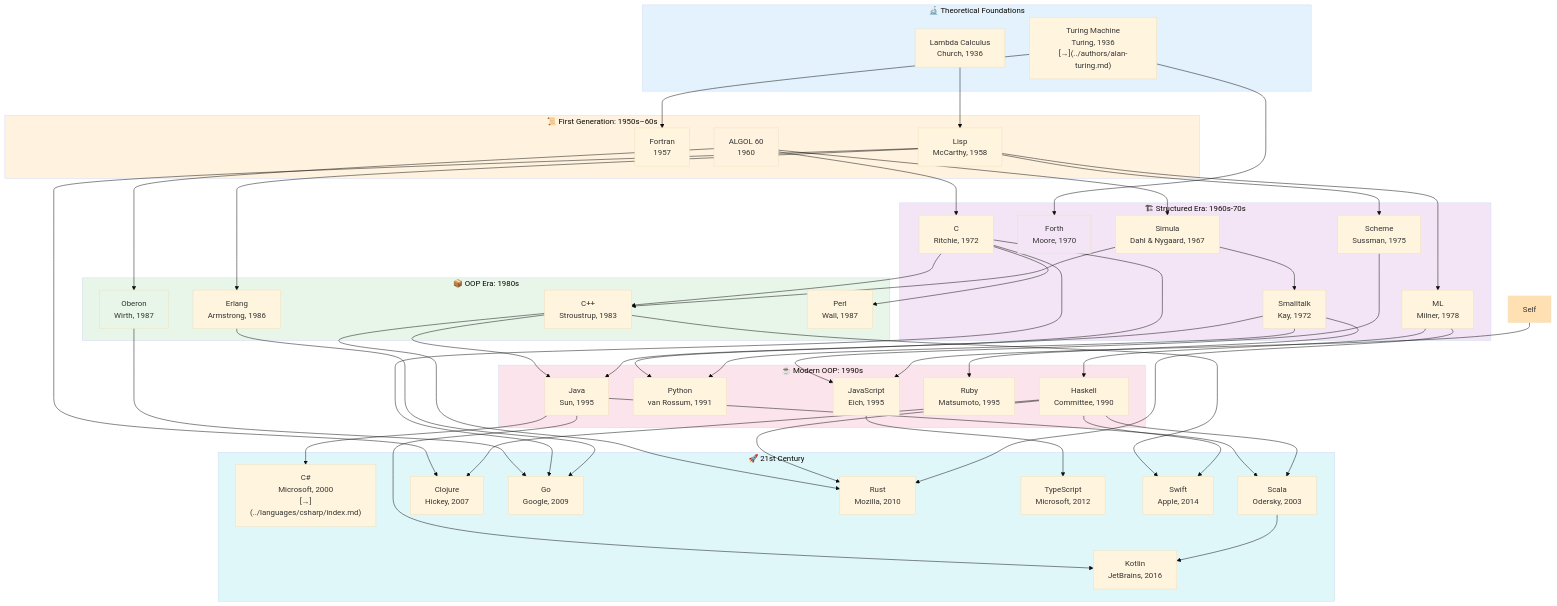
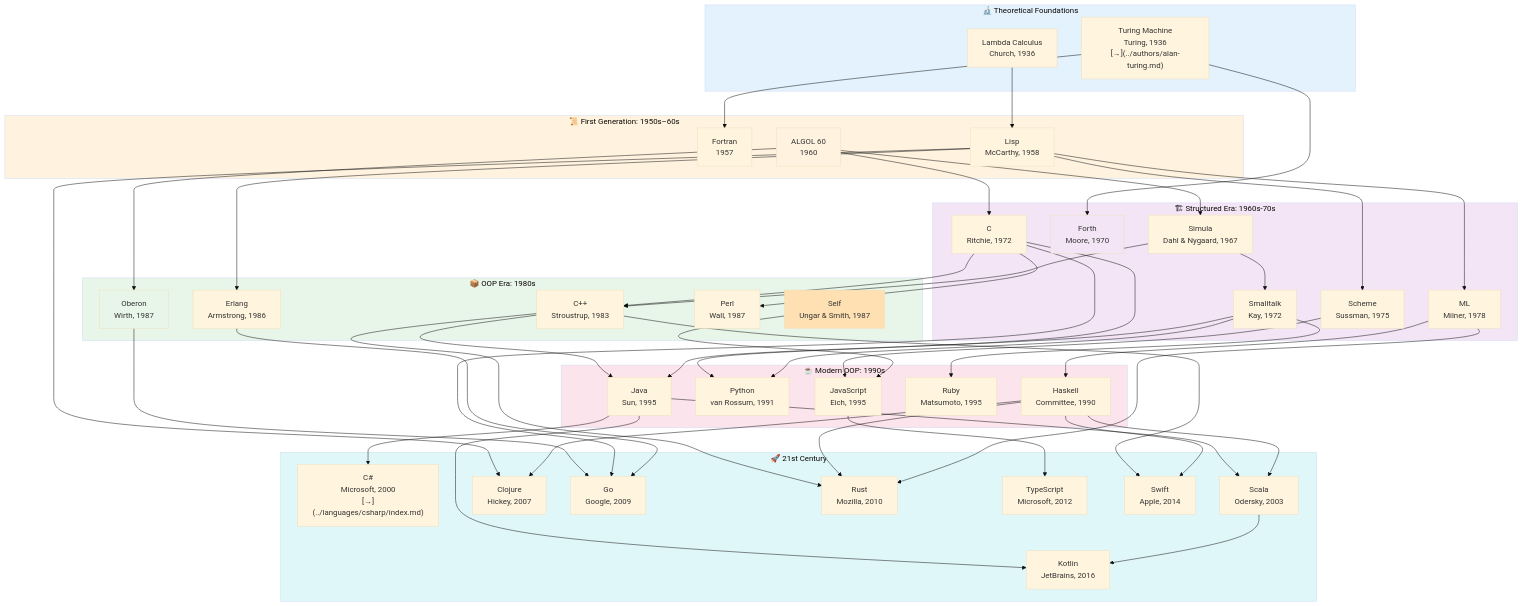
Before and after one commit to akardapolov/software-atlas: the first of 6 diagrams in docs/maps/languages-genealogy.md, drawn with Mermaid (base theme). The commit also changed 2 other files, not shown here.

Commit message:
feat: update OOP details and schema update in languages-genealogy

```diff
--- a/docs/maps/languages-genealogy.md
+++ b/docs/maps/languages-genealogy.md
@@ -31,6 +31,7 @@
         Cpp["C++<br/>Stroustrup, 1983"]
         Erlang["Erlang<br/>Armstrong, 1986"]
         Perl["Perl<br/>Wall, 1987"]
+        Self["Self<br/>Ungar & Smith, 1987"]
     end
 
     subgraph ModernOOP["☕ Modern OOP: 1990s"]
```
